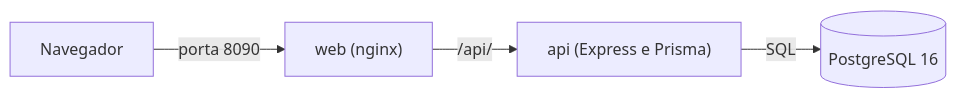
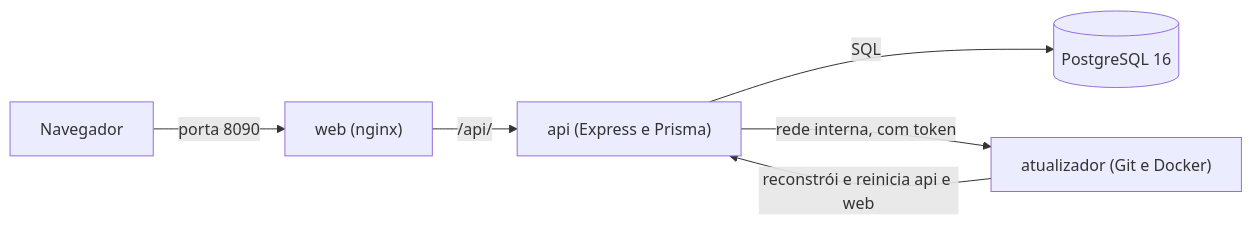
The first of 2 diagrams in docs/ARQUITETURA.md (marco3079/sistema-escolar), drawn with Mermaid before and after one commit. The commit also changed other lines of this file and 23 other files, not shown here.

````diff
--- a/docs/ARQUITETURA.md
+++ b/docs/ARQUITETURA.md
@@ -17,6 +18,8 @@
 ```mermaid
 flowchart LR
   nav["Navegador"] -->|"porta 8090"| web["web (nginx)"]
   web -->|"/api/"| api["api (Express e Prisma)"]
   api -->|"SQL"| db[("PostgreSQL 16")]
+  api -->|"rede interna, com token"| atu["atualizador (Git e Docker)"]
+  atu -->|"reconstrói e reinicia api e web"| api
 ```
````
